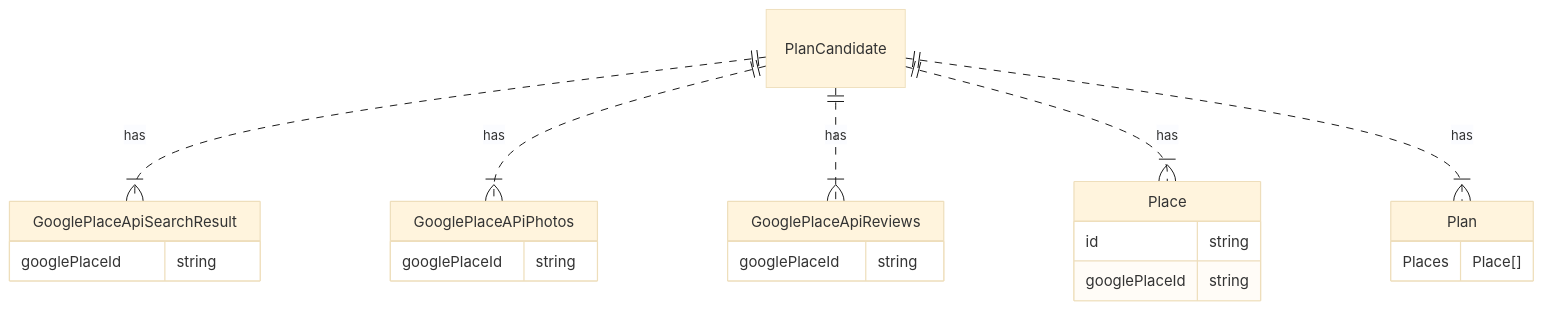
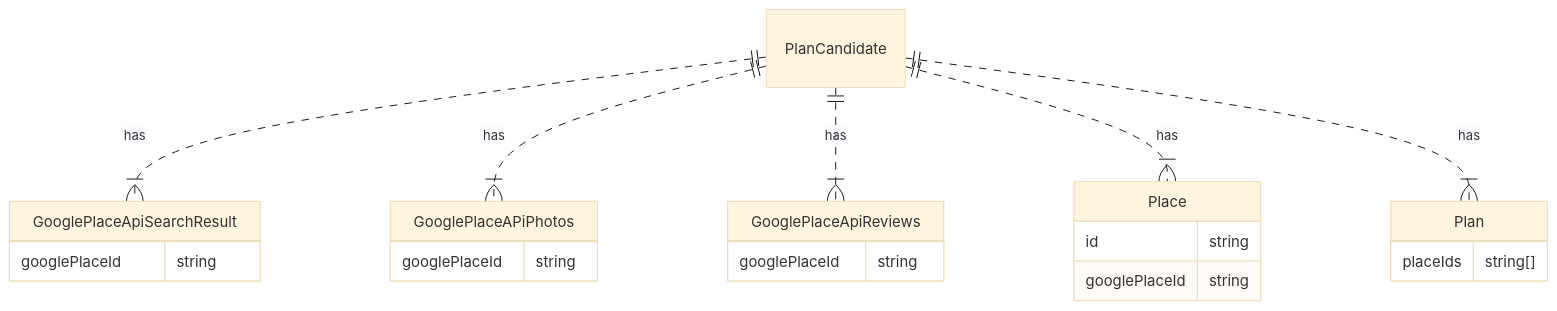
One commit to poroto-app/planner changed the diagram in internal/infrastructure/firestore/README.md. Above: the diagram before and after it, drawn with Mermaid (base theme). The commit also changed 2 other files, not shown here.

Commit message:
feat(data): PlanをPlanCandidateから独立させる

````diff
--- a/internal/infrastructure/firestore/README.md
+++ b/internal/infrastructure/firestore/README.md
@@ -4,27 +4,26 @@
 ```mermaid
 erDiagram
     PlanCandidate
     Plan {
-    %% TODO: PlaceRepositoryに保存した値を取得するようにする
-        Places Place[]
+        placeIds string[]
     }
     Place {
         id string
         googlePlaceId string
     }
     GooglePlaceApiSearchResult {
         googlePlaceId string
     }
     GooglePlaceAPiPhotos {
         googlePlaceId string
     }
     GooglePlaceApiReviews {
         googlePlaceId string
     }
 
     PlanCandidate ||..|{ GooglePlaceApiSearchResult: has
     PlanCandidate ||..|{ GooglePlaceAPiPhotos: has
     PlanCandidate ||..|{ GooglePlaceApiReviews: has
     PlanCandidate ||..|{ Place: has
     PlanCandidate ||..|{ Plan: has
 ```
````
